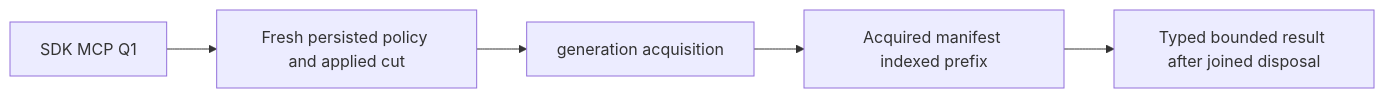
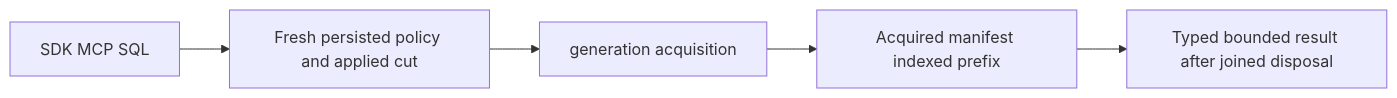
Before and after one commit to managedcode/KeyLoad: the third of 3 diagrams in docs/Features/Search.md, drawn with Mermaid. The commit also changed other lines of this file and 856 other files, not shown here.

````diff
--- a/docs/Features/Search.md
+++ b/docs/Features/Search.md
@@ -124,7 +124,7 @@
 ```mermaid
 flowchart LR
-  Caller[SDK MCP Q1] --> Authority[Fresh persisted policy and applied cut]
+  Caller[SDK MCP SQL] --> Authority[Fresh persisted policy and applied cut]
   Authority --> Pin[generation acquisition]
   Pin --> Prefix[Acquired manifest indexed prefix]
   Prefix --> Result[Typed bounded result after joined disposal]
 ```
````
